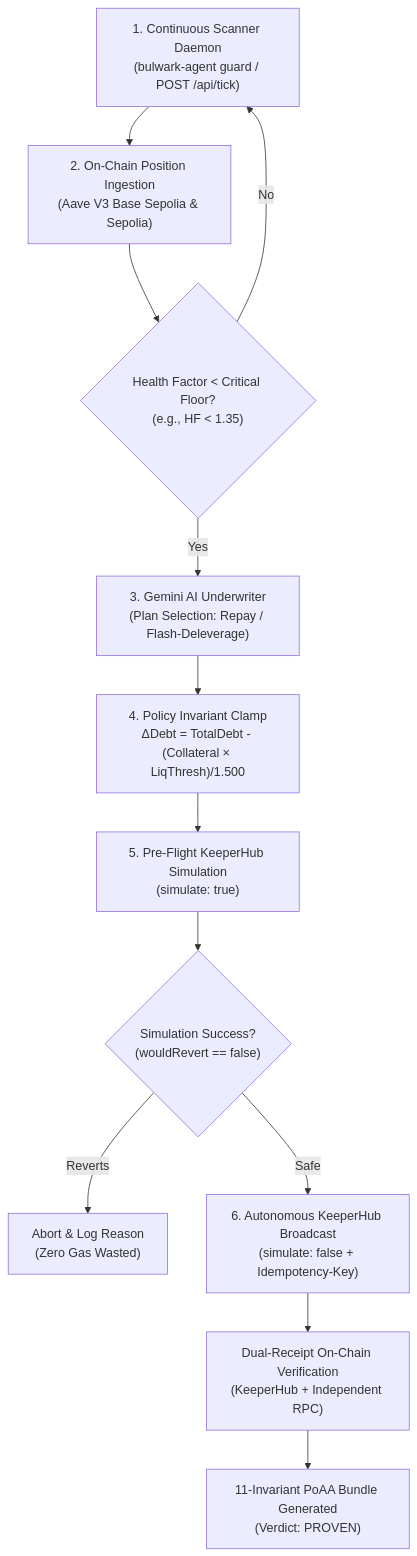
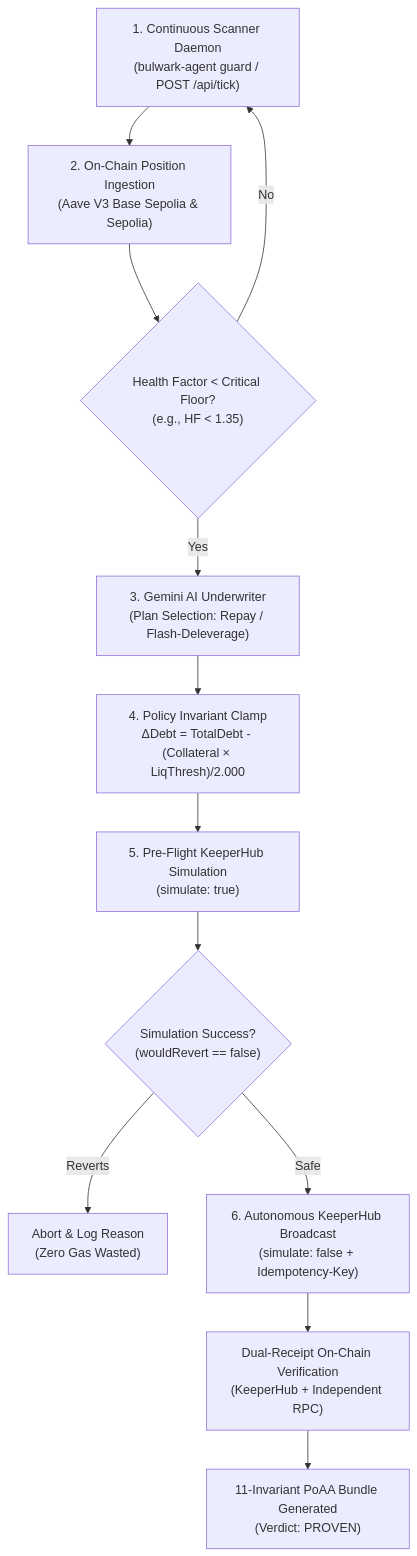
One commit to ROHANROOSWELT/Bulwark changed the second of 2 diagrams in README.md. Above: the diagram before and after it, drawn with Mermaid. The commit also changed other lines of this file, not shown here.

````diff
--- a/README.md
+++ b/README.md
@@ -404,14 +409,14 @@
 ```mermaid
 flowchart TD
     A["1. Continuous Scanner Daemon\n(bulwark-agent guard / POST /api/tick)"] --> B["2. On-Chain Position Ingestion\n(Aave V3 Base Sepolia & Sepolia)"]
     B --> C{"Health Factor < Critical Floor?\n(e.g., HF < 1.35)"}
     C -- No --> A
     C -- Yes --> D["3. Gemini AI Underwriter\n(Plan Selection: Repay / Flash-Deleverage)"]
-    D --> E["4. Policy Invariant Clamp\nΔDebt = TotalDebt - (Collateral × LiqThresh)/1.500"]
+    D --> E["4. Policy Invariant Clamp\nΔDebt = TotalDebt - (Collateral × LiqThresh)/2.000"]
     E --> F["5. Pre-Flight KeeperHub Simulation\n(simulate: true)"]
     F --> G{"Simulation Success?\n(wouldRevert == false)"}
     G -- Reverts --> H["Abort & Log Reason\n(Zero Gas Wasted)"]
     G -- Safe --> I["6. Autonomous KeeperHub Broadcast\n(simulate: false + Idempotency-Key)"]
     I --> J["Dual-Receipt On-Chain Verification\n(KeeperHub + Independent RPC)"]
     J --> K["11-Invariant PoAA Bundle Generated\n(Verdict: PROVEN)"]
 ```
````
